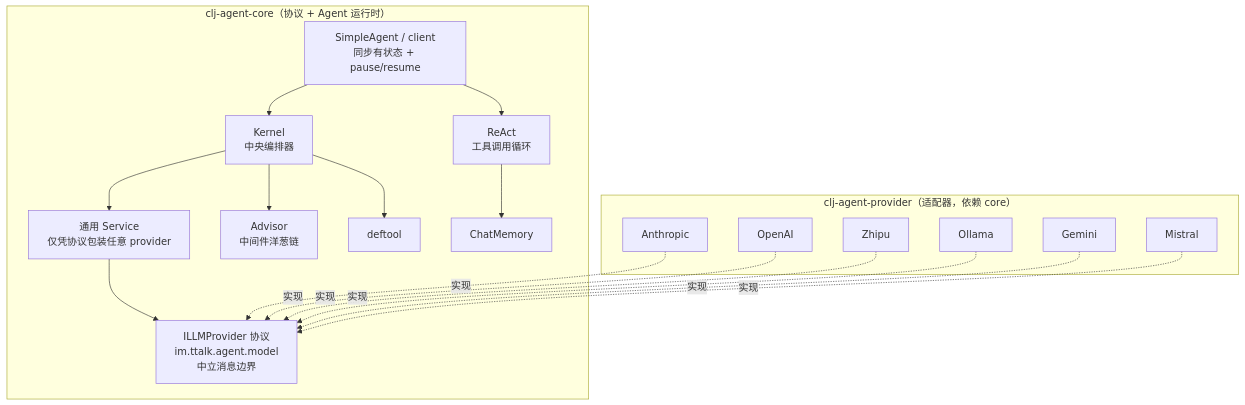
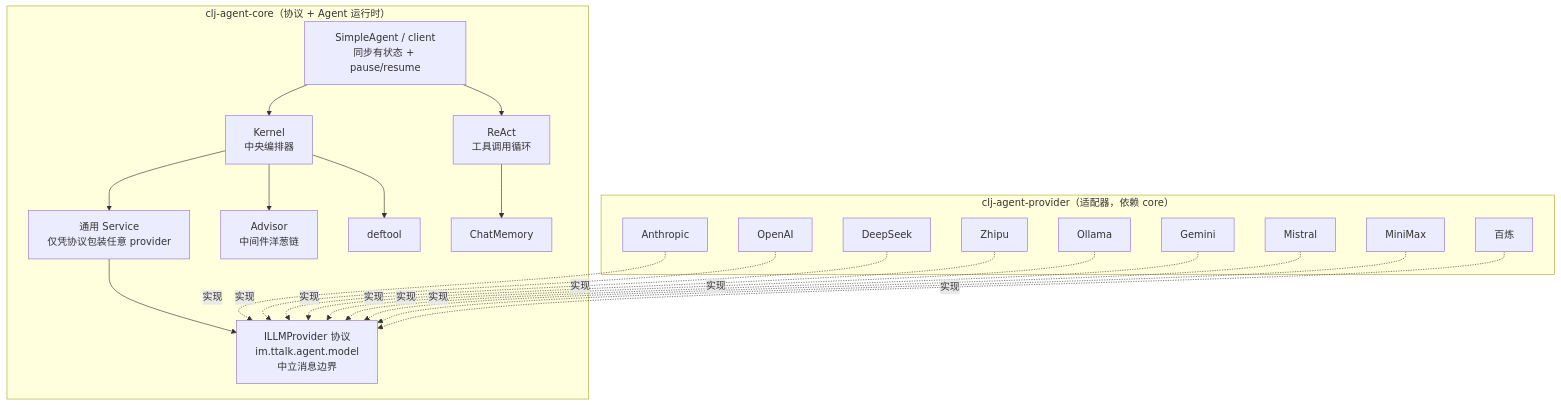
One commit to TTalkPro/clj-agent changed the first of 2 diagrams in README.md. Above: the diagram before and after it, drawn with Mermaid. The commit also changed other lines of this file and 6 other files, not shown here.

````diff
--- a/README.md
+++ b/README.md
@@ -44,31 +44,34 @@
 ```mermaid
 graph TB
     subgraph "clj-agent-core（协议 + Agent 运行时）"
         PROTO[ILLMProvider 协议<br/>im.ttalk.agent.model<br/>中立消息边界]
         SV[通用 Service<br/>仅凭协议包装任意 provider]
         SA[SimpleAgent / client<br/>同步有状态 + pause/resume]
         K[Kernel<br/>中央编排器]
         RE[ReAct<br/>工具调用循环]
         AD[Advisor<br/>中间件洋葱链]
         T[deftool]
         ME[ChatMemory]
     end
 
     subgraph "clj-agent-provider（适配器，依赖 core）"
         AN[Anthropic]
         OA[OpenAI]
+        DS[DeepSeek]
         ZP[Zhipu]
         OL[Ollama]
         GM[Gemini]
         MS[Mistral]
+        MM[MiniMax]
+        BL[百炼]
     end
 
     SA --> K
     SA --> RE
     K --> T
     K --> AD
     K --> SV
     RE --> ME
     SV --> PROTO
-    AN & OA & ZP & OL & GM & MS -. 实现 .-> PROTO
+    AN & OA & DS & ZP & OL & GM & MS & MM & BL -. 实现 .-> PROTO
 ```
````
